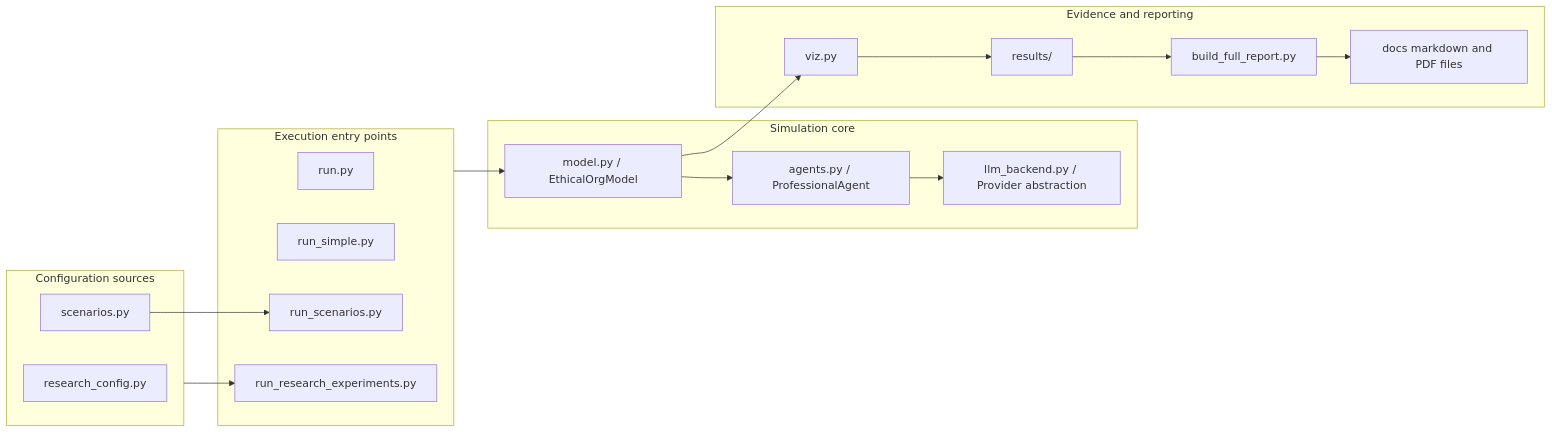
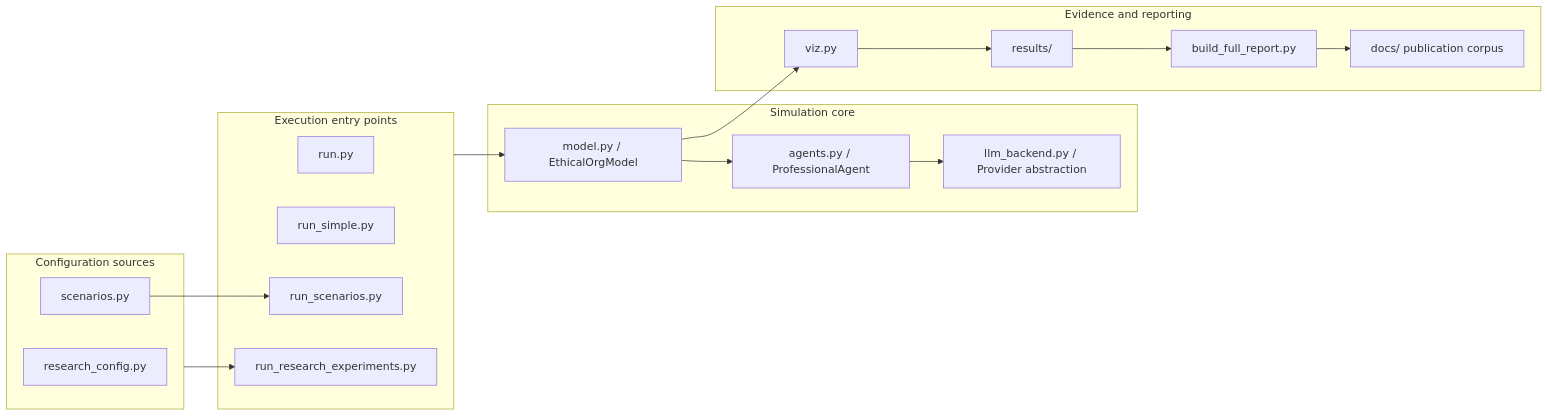
One commit to Tresorkaseka/Deantologie_researchpaper_simulation changed the first of 4 diagrams in docs/Code_Architecture.md. Above: the diagram before and after it, drawn with Mermaid. The commit also changed other lines of this file and 10 other files, not shown here.

````diff
--- a/docs/Code_Architecture.md
+++ b/docs/Code_Architecture.md
@@ -15,37 +15,37 @@
 ```mermaid
 flowchart LR
     subgraph ENTRY["Execution entry points"]
         E1["run.py"]
         E2["run_simple.py"]
         E3["run_scenarios.py"]
         E4["run_research_experiments.py"]
     end
 
     subgraph CONFIG["Configuration sources"]
         C1["research_config.py"]
         C2["scenarios.py"]
     end
 
     subgraph CORE["Simulation core"]
         M["model.py / EthicalOrgModel"]
         A["agents.py / ProfessionalAgent"]
         L["llm_backend.py / Provider abstraction"]
     end
 
     subgraph OUTPUT["Evidence and reporting"]
         V["viz.py"]
         R["results/"]
         B["build_full_report.py"]
-        D["docs markdown and PDF files"]
+        D["docs/ publication corpus"]
     end
 
     ENTRY --> M
     CONFIG --> E4
     C2 --> E3
     M --> A
     A --> L
     M --> V
     V --> R
     R --> B
     B --> D
 ```
````
